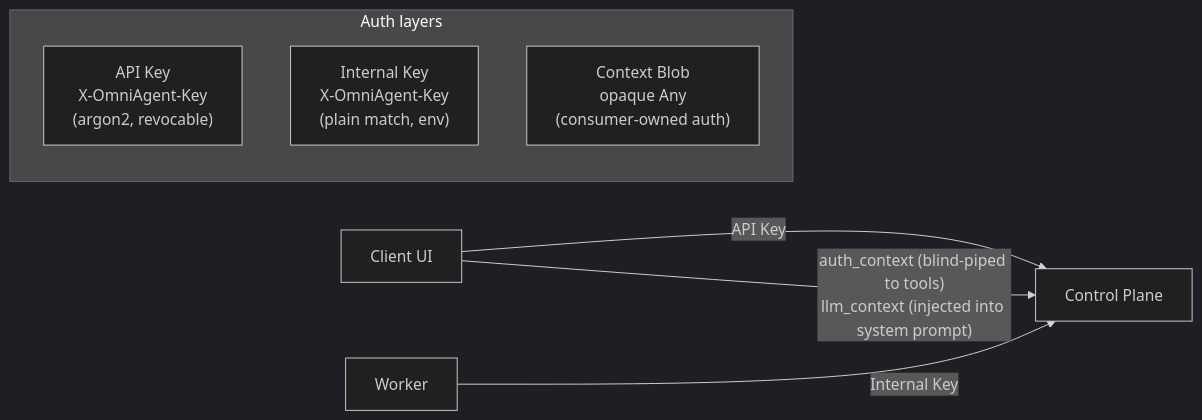
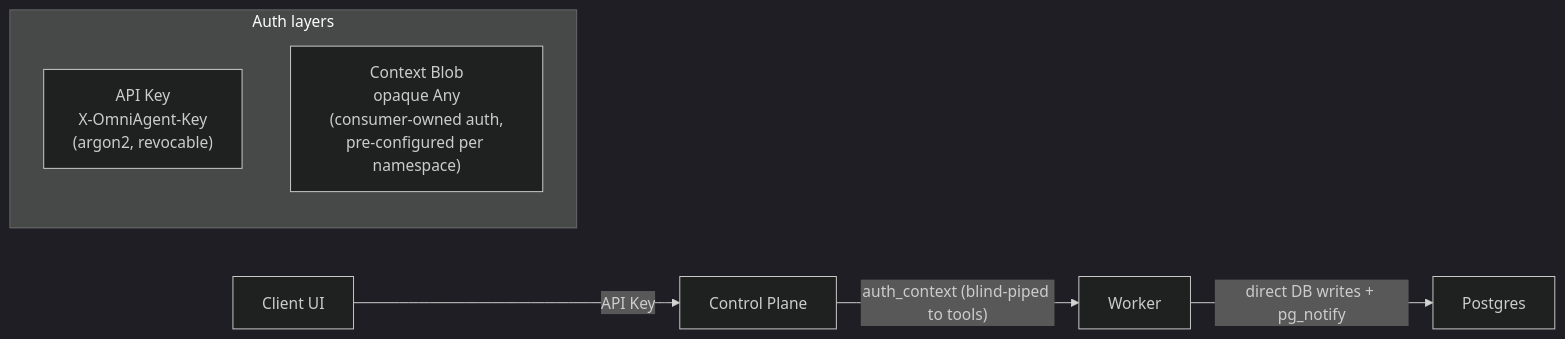
The first of 4 diagrams in README.md (Sheerabth/omniagent), drawn with Mermaid (dark theme) before and after one commit. The commit also changed other lines of this file, not shown here.

````diff
--- a/README.md
+++ b/README.md
@@ -15,12 +15,11 @@
 ```mermaid
 flowchart LR
     subgraph Auth["Auth layers"]
         A1["API Key<br/>X-OmniAgent-Key<br/>(argon2, revocable)"]
-        A2["Internal Key<br/>X-OmniAgent-Key<br/>(plain match, env)"]
-        A3["Context Blob<br/>opaque Any<br/>(consumer-owned auth)"]
+        A2["Context Blob<br/>opaque Any<br/>(consumer-owned auth,<br/>pre-configured per namespace)"]
     end
 
     Client["Client UI"] -->|"API Key"| CP["Control Plane"]
-    Worker -->|"Internal Key"| CP
-    Client -->|"auth_context (blind-piped to tools)<br/>llm_context (injected into system prompt)"| CP
+    CP -->|"auth_context (blind-piped to tools)"| Worker["Worker"]
+    Worker -->|"direct DB writes + pg_notify"| DB["Postgres"]
 ```
````
